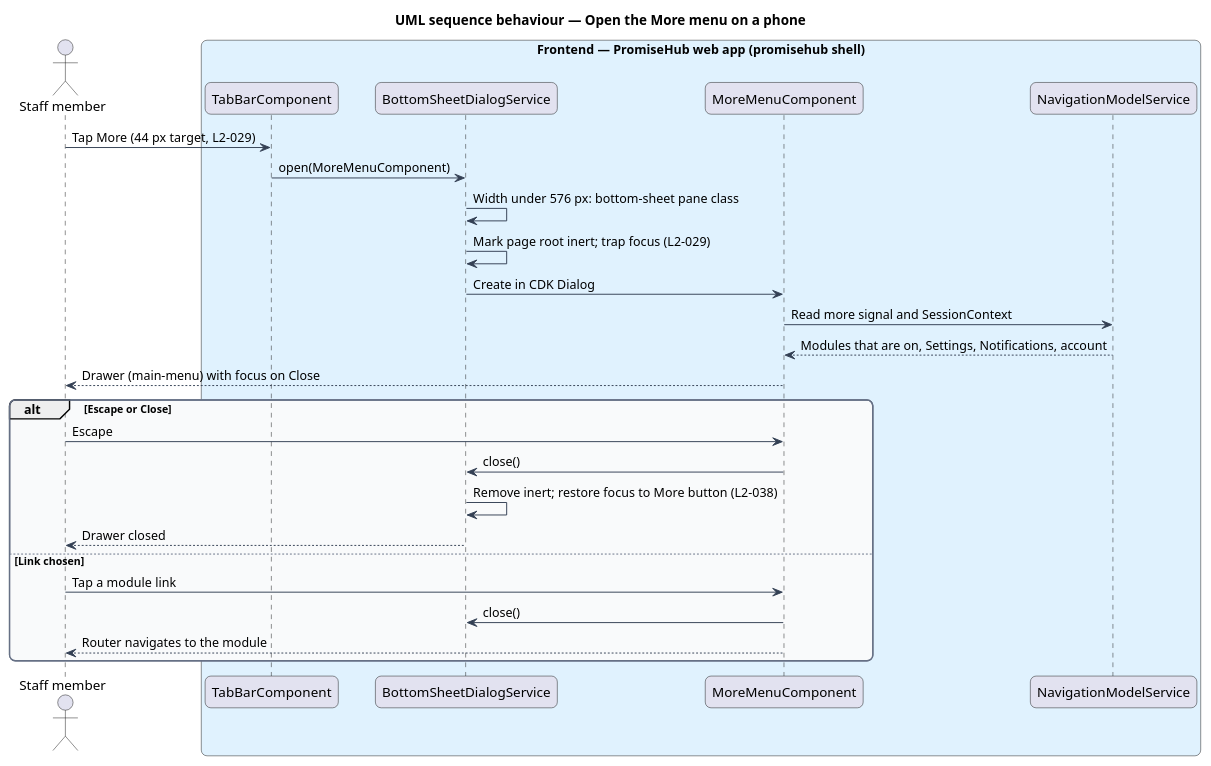
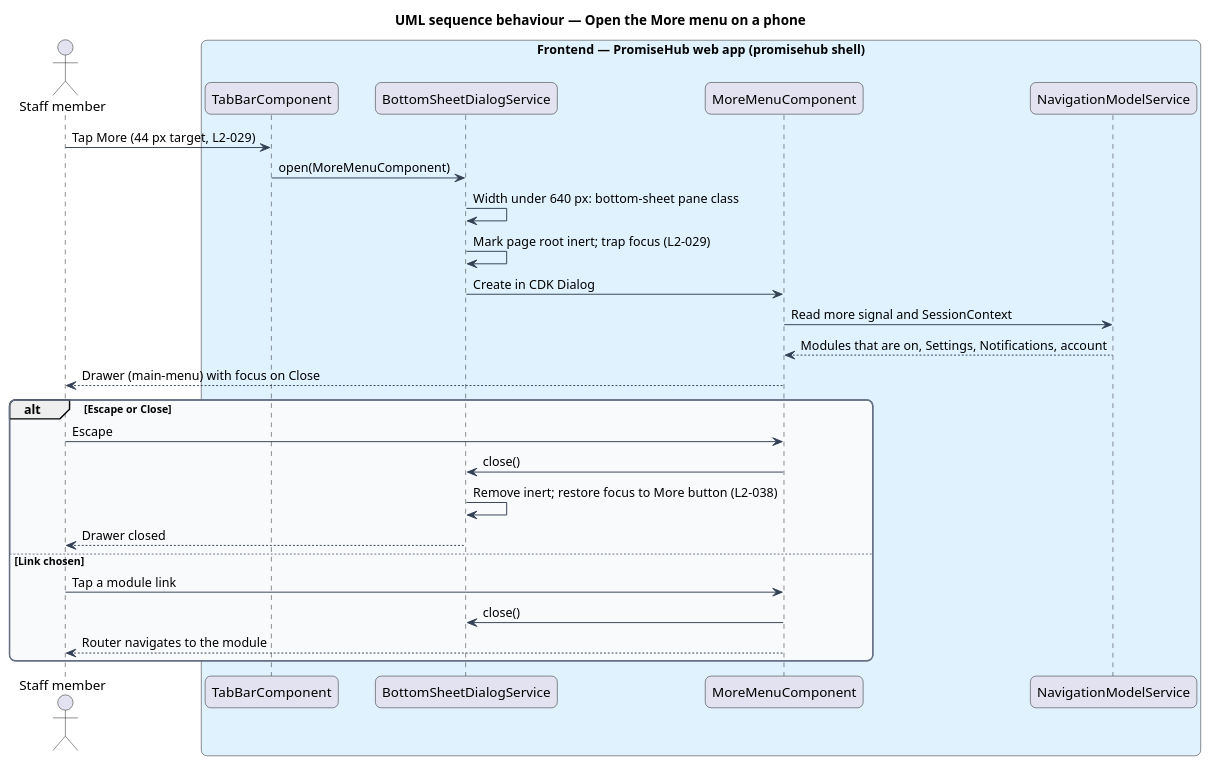
Before and after one commit to QuinntyneBrown/promise-hub: the diagram in docs/detailed-designs/shell/compose-navigation/diagrams/sequence-open-more-menu.puml, drawn with PlantUML. The commit also changed 154 other files, not shown here.

```diff
--- a/docs/detailed-designs/shell/compose-navigation/diagrams/sequence-open-more-menu.puml
+++ b/docs/detailed-designs/shell/compose-navigation/diagrams/sequence-open-more-menu.puml
@@ -1,42 +1,42 @@
 @startuml
 title UML sequence behaviour — Open the More menu on a phone
 skinparam backgroundColor #FFFFFF
 skinparam shadowing false
 skinparam roundcorner 12
 skinparam defaultFontName Arial
 skinparam ArrowColor #344054
 skinparam rectangle {
   BorderColor #344054
   FontColor #101828
 }
 skinparam package {
   BorderColor #667085
   FontColor #101828
   BackgroundColor #F9FAFB
 }
 actor "Staff member" as actor
 box "Frontend — PromiseHub web app (promisehub shell)" #E0F2FE
   participant "TabBarComponent" as tabbar
   participant "BottomSheetDialogService" as sheet
   participant "MoreMenuComponent" as more
   participant "NavigationModelService" as nav
 end box
 actor -> tabbar : Tap More (44 px target, L2-029)
 tabbar -> sheet : open(MoreMenuComponent)
-sheet -> sheet : Width under 576 px: bottom-sheet pane class
+sheet -> sheet : Width under 640 px: bottom-sheet pane class
 sheet -> sheet : Mark page root inert; trap focus (L2-029)
 sheet -> more : Create in CDK Dialog
 more -> nav : Read more signal and SessionContext
 nav --> more : Modules that are on, Settings, Notifications, account
 more --> actor : Drawer (main-menu) with focus on Close
 alt Escape or Close
   actor -> more : Escape
   more -> sheet : close()
   sheet -> sheet : Remove inert; restore focus to More button (L2-038)
   sheet --> actor : Drawer closed
 else Link chosen
   actor -> more : Tap a module link
   more -> sheet : close()
   more --> actor : Router navigates to the module
 end
 @enduml
```
